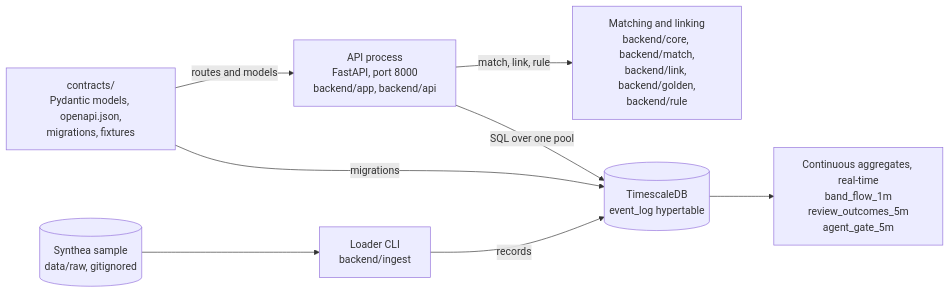
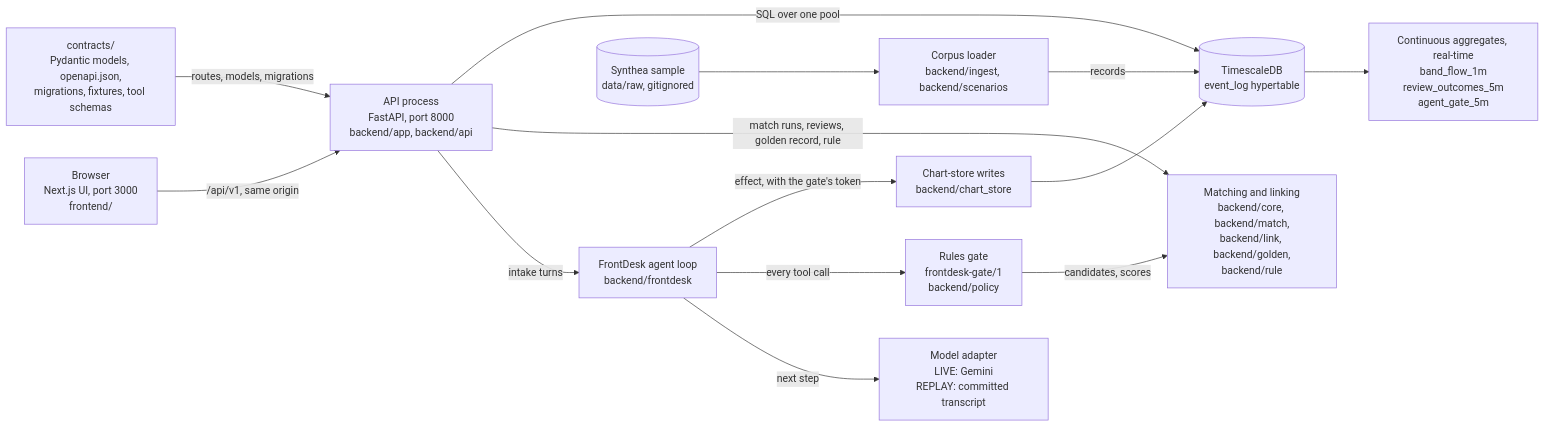
The diagram in README.md (ivan-711/checkmate), drawn with Mermaid before and after one commit. The commit also changed other lines of this file and 1 other file, not shown here.

````diff
--- a/README.md
+++ b/README.md
@@ -58,17 +222,28 @@
 ```mermaid
 flowchart LR
-    contracts["contracts/<br/>Pydantic models, openapi.json,<br/>migrations, fixtures"]
+    browser["Browser<br/>Next.js UI, port 3000<br/>frontend/"]
     api["API process<br/>FastAPI, port 8000<br/>backend/app, backend/api"]
+    agent["FrontDesk agent loop<br/>backend/frontdesk"]
+    model["Model adapter<br/>LIVE: Gemini<br/>REPLAY: committed transcript"]
+    gate["Rules gate<br/>frontdesk-gate/1<br/>backend/policy"]
+    writes["Chart-store writes<br/>backend/chart_store"]
     engine["Matching and linking<br/>backend/core, backend/match,<br/>backend/link, backend/golden,<br/>backend/rule"]
-    ingest["Loader CLI<br/>backend/ingest"]
+    ingest["Corpus loader<br/>backend/ingest, backend/scenarios"]
     raw[("Synthea sample<br/>data/raw, gitignored")]
     db[("TimescaleDB<br/>event_log hypertable")]
     aggs["Continuous aggregates, real-time<br/>band_flow_1m<br/>review_outcomes_5m<br/>agent_gate_5m"]
-    contracts -- "routes and models" --> api
-    contracts -- "migrations" --> db
-    api -- "match, link, rule" --> engine
+    contracts["contracts/<br/>Pydantic models, openapi.json,<br/>migrations, fixtures, tool schemas"]
+    browser -- "/api/v1, same origin" --> api
+    api -- "intake turns" --> agent
+    agent -- "next step" --> model
+    agent -- "every tool call" --> gate
+    gate -- "candidates, scores" --> engine
+    agent -- "effect, with the gate's token" --> writes
+    api -- "match runs, reviews, golden record, rule" --> engine
     api -- "SQL over one pool" --> db
+    writes --> db
     raw --> ingest
     ingest -- "records" --> db
     db --> aggs
+    contracts -- "routes, models, migrations" --> api
 ```
````
